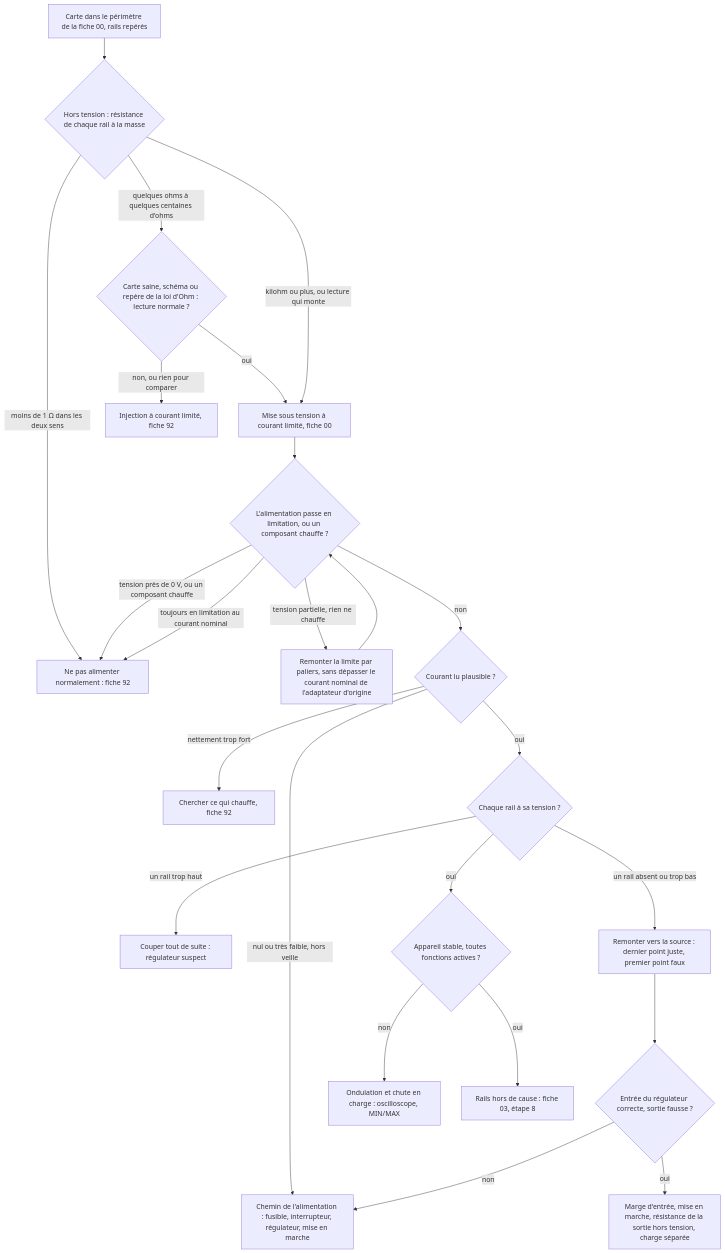
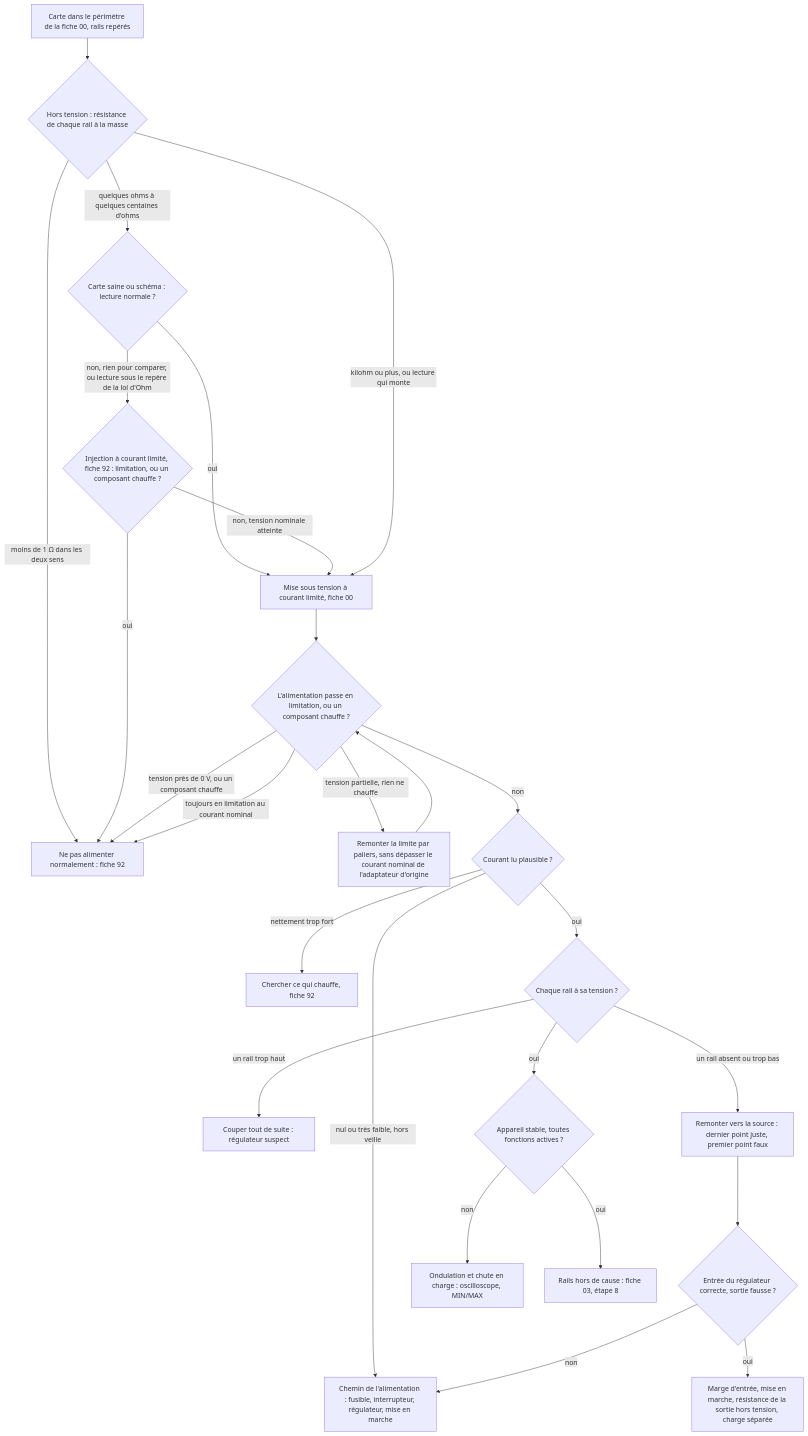
The diagram in troubleshooting/91_rails_alimentation/README.md (benoit-bremaud/ohm-sweet-ohm), drawn with Mermaid before and after one commit. The commit also changed other lines of this file and 8 other files, not shown here.

````diff
--- a/troubleshooting/91_rails_alimentation/README.md
+++ b/troubleshooting/91_rails_alimentation/README.md
@@ -169,26 +172,28 @@
 ```mermaid
 flowchart TD
   A[Carte dans le périmètre de la fiche 00, rails repérés] --> B{Hors tension : résistance de chaque rail à la masse}
   B -- moins de 1 Ω dans les deux sens --> S[Ne pas alimenter normalement : fiche 92]
-  B -- quelques ohms à quelques centaines d'ohms --> C{Carte saine, schéma ou repère de la loi d'Ohm : lecture normale ?}
+  B -- quelques ohms à quelques centaines d'ohms --> C{Carte saine ou schéma : lecture normale ?}
   C -- oui --> D
-  C -- non, ou rien pour comparer --> S2[Injection à courant limité, fiche 92]
+  C -- non, rien pour comparer, ou lecture sous le repère de la loi d'Ohm --> S2{Injection à courant limité, fiche 92 : limitation, ou un composant chauffe ?}
+  S2 -- oui --> S
+  S2 -- non, tension nominale atteinte --> D
   B -- kilohm ou plus, ou lecture qui monte --> D[Mise sous tension à courant limité, fiche 00]
   D --> E{L'alimentation passe en limitation, ou un composant chauffe ?}
   E -- tension près de 0 V, ou un composant chauffe --> S
   E -- tension partielle, rien ne chauffe --> F[Remonter la limite par paliers, sans dépasser le courant nominal de l'adaptateur d'origine]
   F --> E
   E -- toujours en limitation au courant nominal --> S
   E -- non --> G{Courant lu plausible ?}
   G -- nul ou très faible, hors veille --> H[Chemin de l'alimentation : fusible, interrupteur, régulateur, mise en marche]
   G -- nettement trop fort --> I[Chercher ce qui chauffe, fiche 92]
   G -- oui --> J{Chaque rail à sa tension ?}
   J -- un rail trop haut --> K[Couper tout de suite : régulateur suspect]
   J -- un rail absent ou trop bas --> L[Remonter vers la source : dernier point juste, premier point faux]
   L --> M{Entrée du régulateur correcte, sortie fausse ?}
   M -- non --> H
   M -- oui --> N[Marge d'entrée, mise en marche, résistance de la sortie hors tension, charge séparée]
   J -- oui --> O{Appareil stable, toutes fonctions actives ?}
   O -- non --> P[Ondulation et chute en charge : oscilloscope, MIN/MAX]
   O -- oui --> Q[Rails hors de cause : fiche 03, étape 8]
 ```
````
